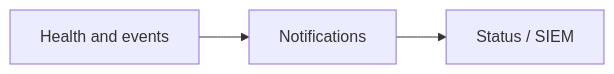
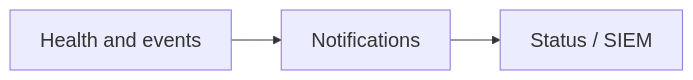
One commit to the-square-labs/gateway-docs changed the fourth of 4 diagrams in src/content/docs/en/index.mdx. Above: the diagram before and after it, drawn with Mermaid. The commit also changed other lines of this file and 14 other files, not shown here.

````diff
--- a/src/content/docs/en/index.mdx
+++ b/src/content/docs/en/index.mdx
@@ -60,4 +85,5 @@
 ```mermaid
+%%{init: {"themeVariables": {"fontSize": "20px"}}}%%
 flowchart LR
     events["Health and events"] --> notifications["Notifications"] --> consumers["Status / SIEM"]
 ```
````
